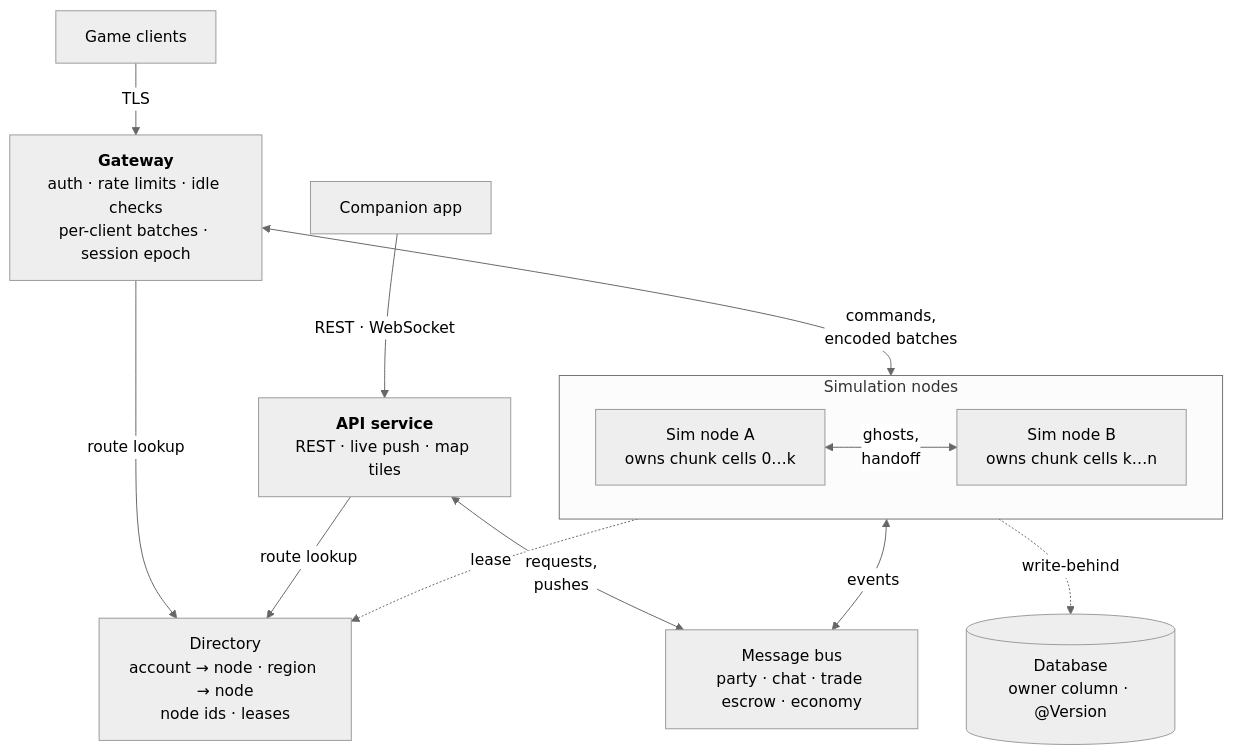
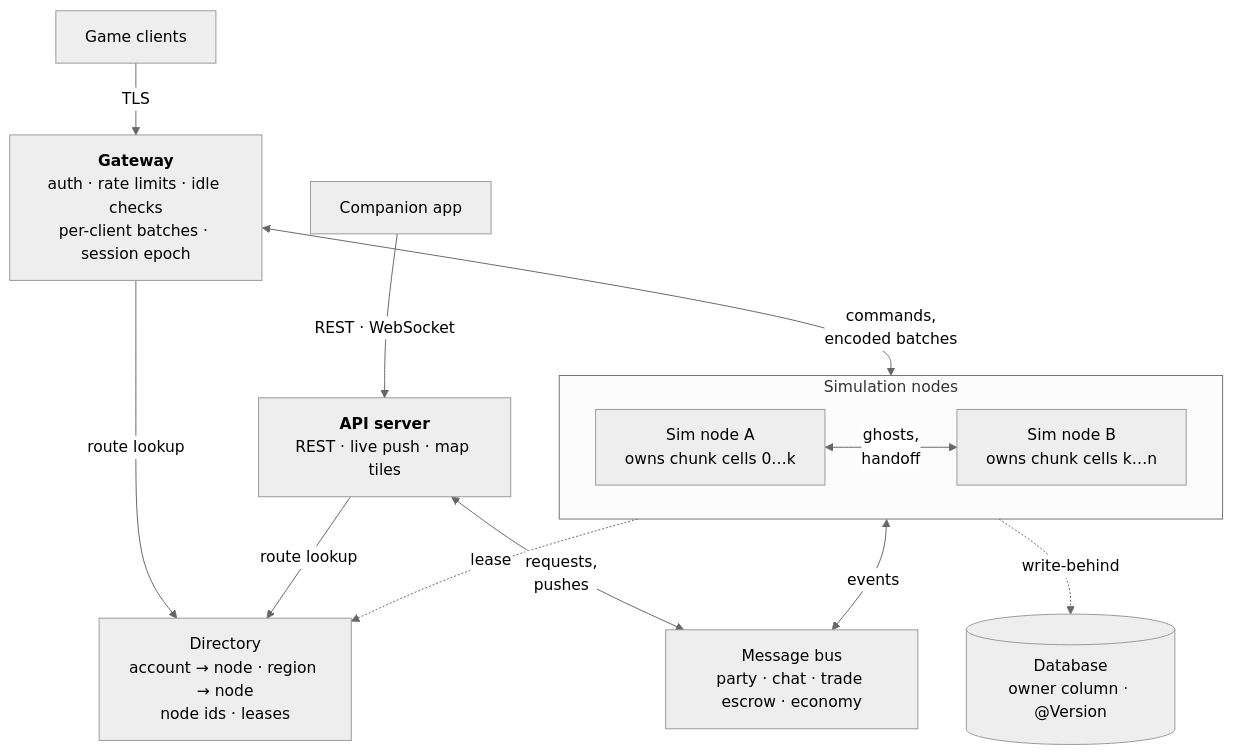
Before and after one commit to tfelix/bestia-docs: the diagram in content/docs/server/cluster-path.md, drawn with Mermaid (neutral theme). The commit also changed other lines of this file and 8 other files, not shown here.

Commit message:
Rename the API Service page and wording to API Server

````diff
--- a/content/docs/server/cluster-path.md
+++ b/content/docs/server/cluster-path.md
@@ -16,16 +16,16 @@
 ```mermaid
 graph TB
   C["Game clients"] -->|TLS| GW["<b>Gateway</b><br/>auth · rate limits · idle checks<br/>per-client batches · session epoch"]
   subgraph SIM["Simulation nodes"]
     direction LR
     A["Sim node A<br/>owns chunk cells 0…k"] <-->|"ghosts,<br/>handoff"| B["Sim node B<br/>owns chunk cells k…n"]
   end
   GW <-->|"commands,<br/>encoded batches"| SIM
   GW -->|route lookup| DIR["Directory<br/>account → node · region → node<br/>node ids · leases"]
   SIM -.->|lease| DIR
   SIM <-->|events| BUS["Message bus<br/>party · chat · trade escrow · economy"]
   SIM -.->|write-behind| DB[("Database<br/>owner column · @Version")]
-  W["Companion app"] -->|"REST · WebSocket"| API["<b>API service</b><br/>REST · live push · map tiles"]
+  W["Companion app"] -->|"REST · WebSocket"| API["<b>API server</b><br/>REST · live push · map tiles"]
   API -->|route lookup| DIR
   API <-->|"requests,<br/>pushes"| BUS
 ```
````
